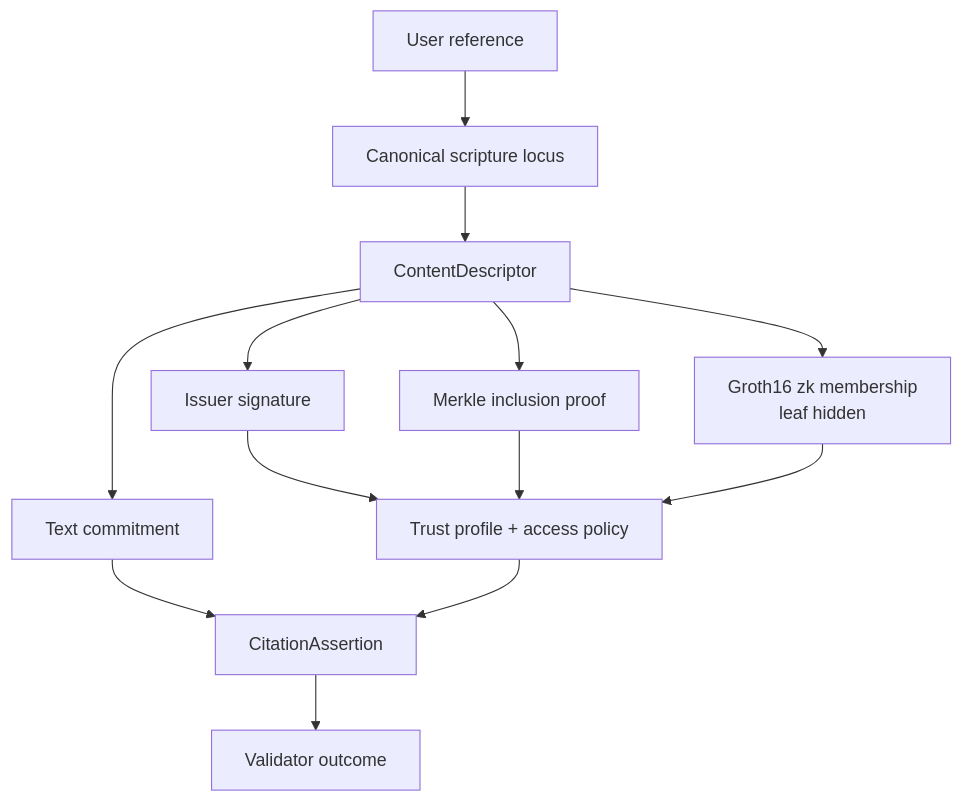
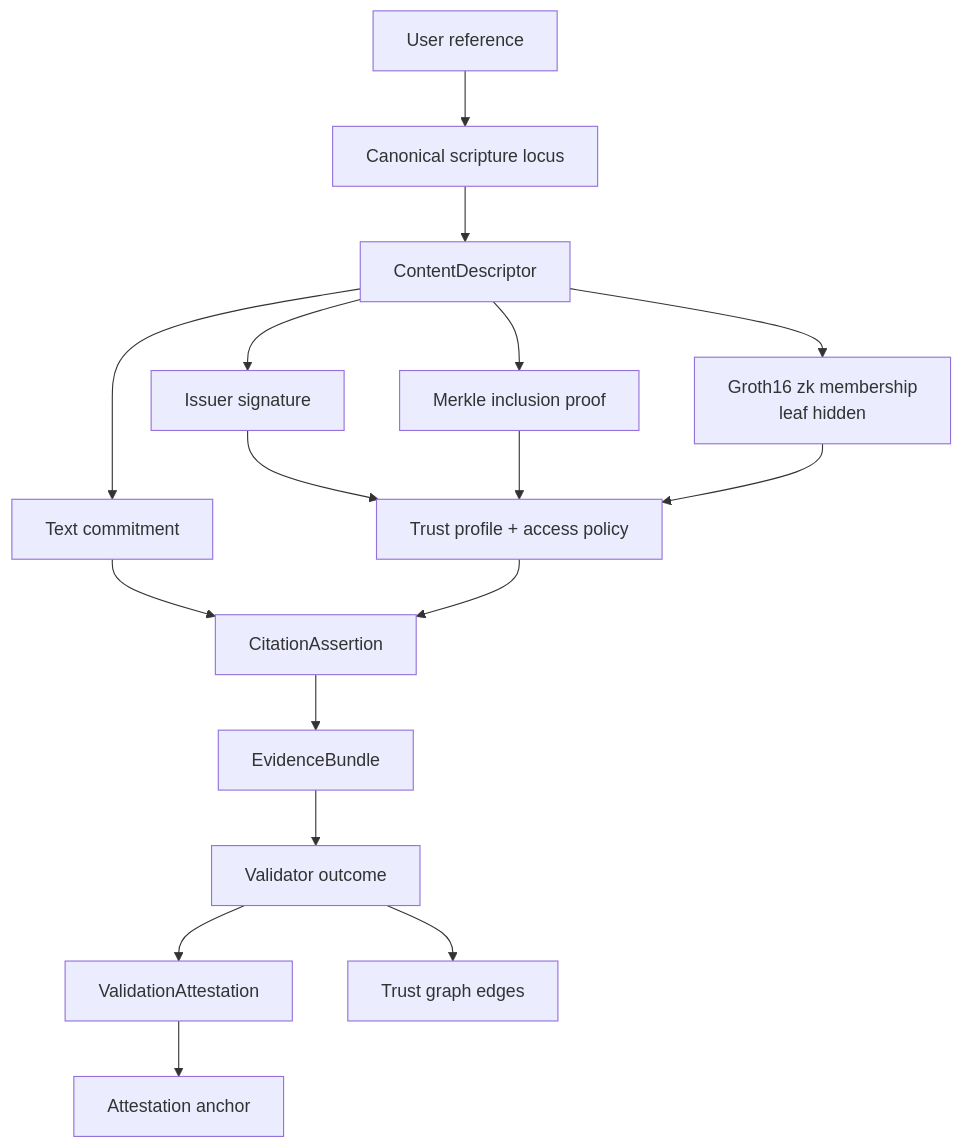
Before and after one commit to rpedersen3/verifiable-content-demo: the fourth of 8 diagrams in documents/system-architecture.md, drawn with Mermaid. The commit also changed other lines of this file and 13 other files, not shown here.

````diff
--- a/documents/system-architecture.md
+++ b/documents/system-architecture.md
@@ -90,26 +147,34 @@
 ```mermaid
 flowchart TD
   Input["User reference"]
   Canonical["Canonical scripture locus"]
   Descriptor["ContentDescriptor"]
   Signature["Issuer signature"]
   Merkle["Merkle inclusion proof"]
   ZK["Groth16 zk membership\nleaf hidden"]
   Commitment["Text commitment"]
   Policy["Trust profile + access policy"]
   Citation["CitationAssertion"]
+  Bundle["EvidenceBundle"]
+  Attestation["ValidationAttestation"]
+  Graph["Trust graph edges"]
+  Anchor["Attestation anchor"]
   Validator["Validator outcome"]
 
   Input --> Canonical
   Canonical --> Descriptor
   Descriptor --> Signature
   Descriptor --> Merkle
   Descriptor --> ZK
   Descriptor --> Commitment
   Signature --> Policy
   Merkle --> Policy
   ZK --> Policy
   Commitment --> Citation
   Policy --> Citation
-  Citation --> Validator
+  Citation --> Bundle
+  Bundle --> Validator
+  Validator --> Attestation
+  Validator --> Graph
+  Attestation --> Anchor
 ```
````
